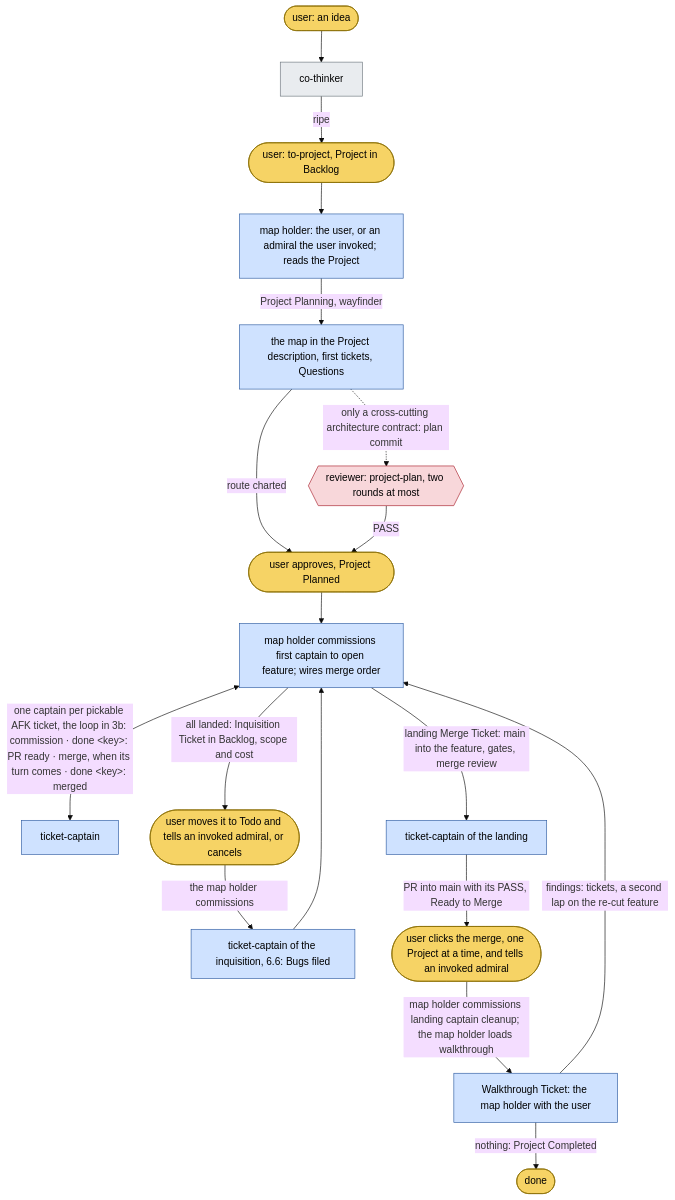
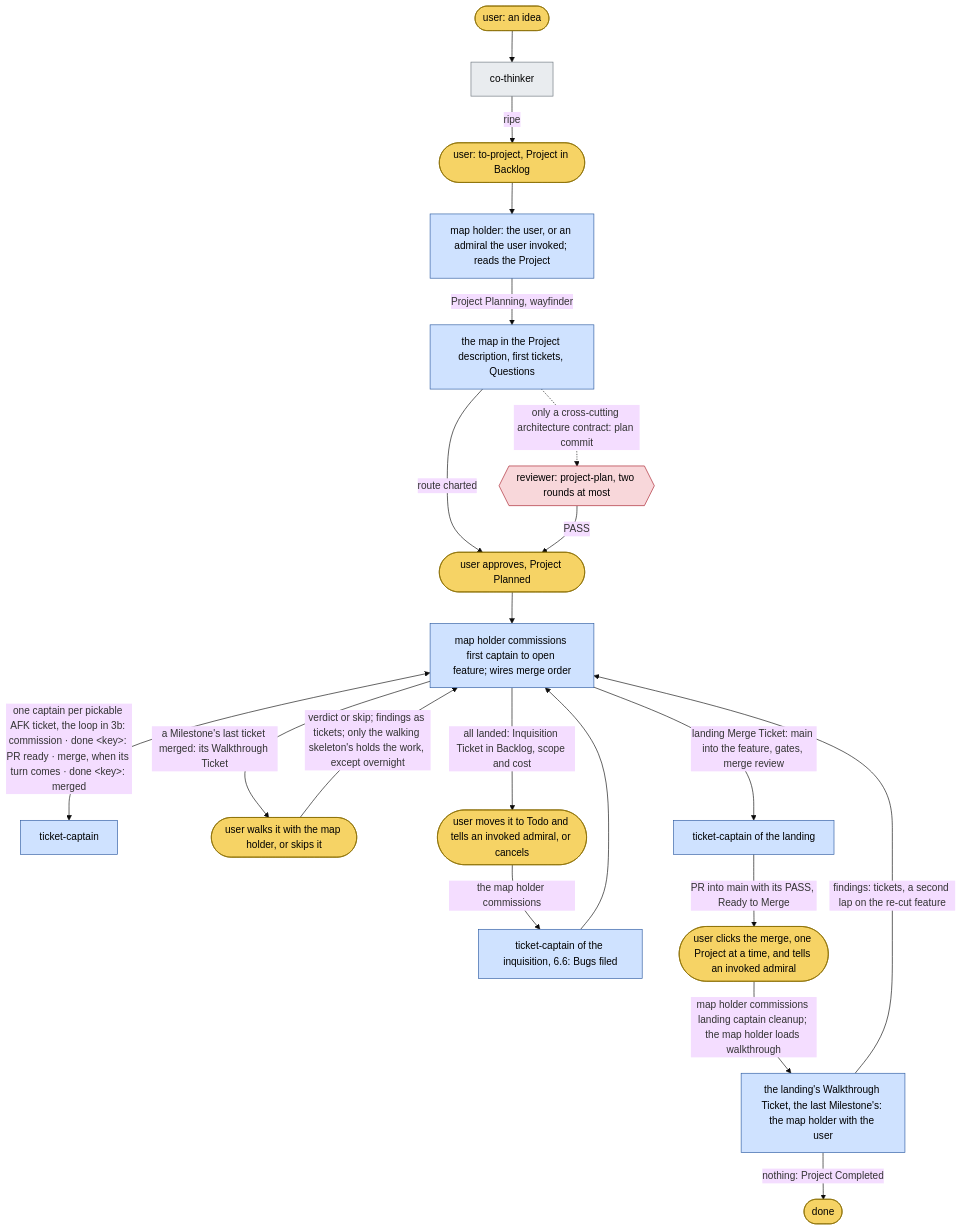
The first of 12 diagrams in dydo/understand/control-flow.md (bodnarbalazs/dydo), drawn with Mermaid (base theme) before and after one commit. The commit also changed other lines of this file and 4 other files, not shown here.

Commit message:
DYD-399 implement: Milestone walkthroughs in control-flow and about-dynadocs, DR 047 points at DR 060

````diff
--- a/dydo/understand/control-flow.md
+++ b/dydo/understand/control-flow.md
@@ -125,26 +125,28 @@
 ```mermaid
 flowchart TD
   classDef human fill:#f6d365,stroke:#8a6d00,color:#000
   classDef session fill:#e9ecef,stroke:#6c757d,color:#000
   classDef officer fill:#cfe2ff,stroke:#2c5aa0,color:#000
   classDef crew fill:#d4edda,stroke:#2e7d32,color:#000
   classDef reviewer fill:#f8d7da,stroke:#a71d2a,color:#000
 
   H0([user: an idea]):::human --> CT[co-thinker]:::session
   CT -->|ripe| TP([user: to-project, Project in Backlog]):::human
   TP --> AD[map holder: the user, or an admiral the user invoked; reads the Project]:::officer
   AD -->|Project Planning, wayfinder| MAP[the map in the Project description, first tickets, Questions]:::officer
   MAP -.->|only a cross-cutting architecture contract: plan commit| RP{{reviewer: project-plan, two rounds at most}}:::reviewer
   MAP -->|route charted| H1([user approves, Project Planned]):::human
   RP -->|PASS| H1
   H1 --> OP[map holder commissions first captain to open feature; wires merge order]:::officer
   OP <-->|"one captain per pickable AFK ticket, the loop in 3b: commission · done &lt;key&gt;: PR ready · merge, when its turn comes · done &lt;key&gt;: merged"| IC[ticket-captain]:::officer
+  OP -->|"a Milestone's last ticket merged: its Walkthrough Ticket"| MW([user walks it with the map holder, or skips it]):::human
+  MW -->|"verdict or skip; findings as tickets; only the walking skeleton's holds the work, except overnight"| OP
   OP -->|all landed: Inquisition Ticket in Backlog, scope and cost| H2([user moves it to Todo and tells an invoked admiral, or cancels]):::human
   H2 -->|the map holder commissions| IQ[ticket-captain of the inquisition, 6.6: Bugs filed]:::officer
   IQ --> OP
   OP -->|landing Merge Ticket: main into the feature, gates, merge review| LM[ticket-captain of the landing]:::officer
   LM -->|PR into main with its PASS, Ready to Merge| H3([user clicks the merge, one Project at a time, and tells an invoked admiral]):::human
-  H3 -->|map holder commissions landing captain cleanup; the map holder loads walkthrough| WT[Walkthrough Ticket: the map holder with the user]:::officer
+  H3 -->|map holder commissions landing captain cleanup; the map holder loads walkthrough| WT[the landing's Walkthrough Ticket, the last Milestone's: the map holder with the user]:::officer
   WT -->|findings: tickets, a second lap on the re-cut feature| OP
   WT -->|nothing: Project Completed| END([done]):::human
 ```
````
